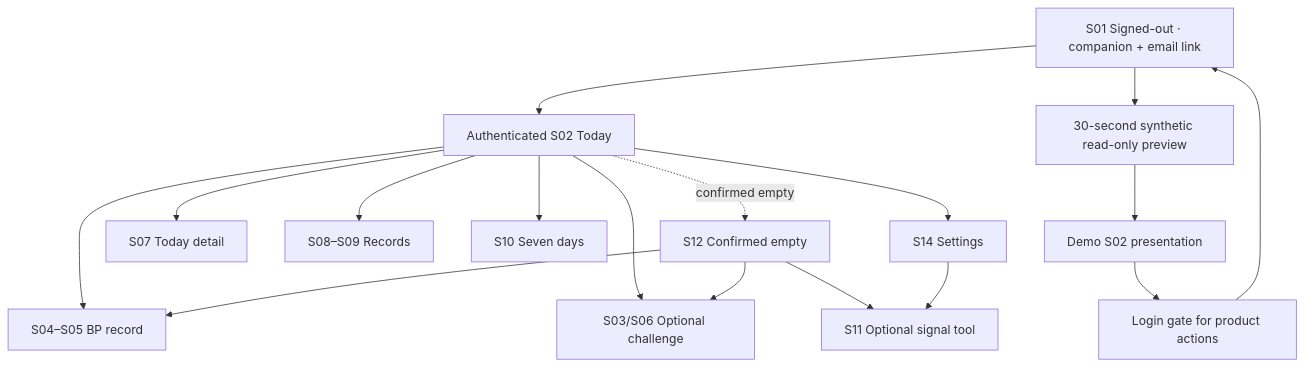
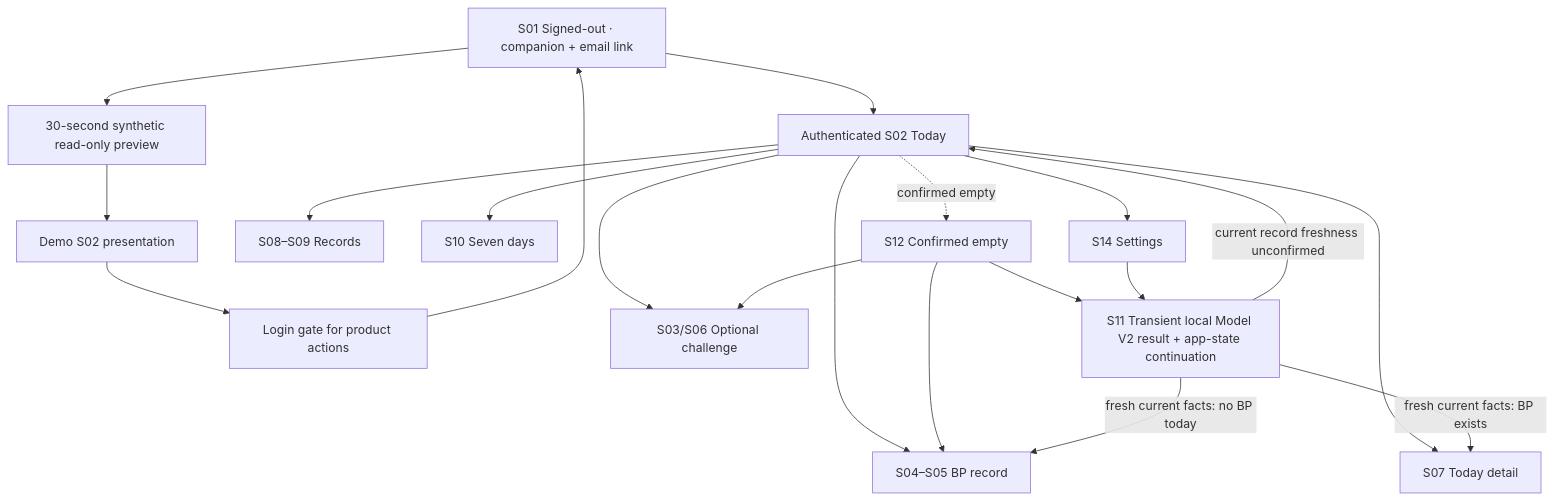
One commit to AI-HealthCare-05/AH_05_07 changed the first of 2 diagrams in docs/ux-flow.md. Above: the diagram before and after it, drawn with Mermaid. The commit also changed other lines of this file and 7 other files, not shown here.

````diff
--- a/docs/ux-flow.md
+++ b/docs/ux-flow.md
@@ -5,19 +5,22 @@
 ```mermaid
 flowchart TD
     A["S01 Signed-out · companion + email link"] --> B["Authenticated S02 Today"]
     A --> P["30-second synthetic read-only preview"]
     P --> Q["Demo S02 presentation"]
     Q --> R["Login gate for product actions"]
     R --> A
     B --> C["S04–S05 BP record"]
     B --> D["S07 Today detail"]
     B --> E["S08–S09 Records"]
     B --> F["S10 Seven days"]
     B --> G["S03/S06 Optional challenge"]
     B --> H["S14 Settings"]
     B -. confirmed empty .-> J["S12 Confirmed empty"]
     J --> C
     J --> G
-    J --> I["S11 Optional signal tool"]
+    J --> I["S11 Transient local Model V2 result + app-state continuation"]
     H --> I
+    I -->|fresh current facts: no BP today| C
+    I -->|fresh current facts: BP exists| D
+    I -->|current record freshness unconfirmed| B
 ```
````
